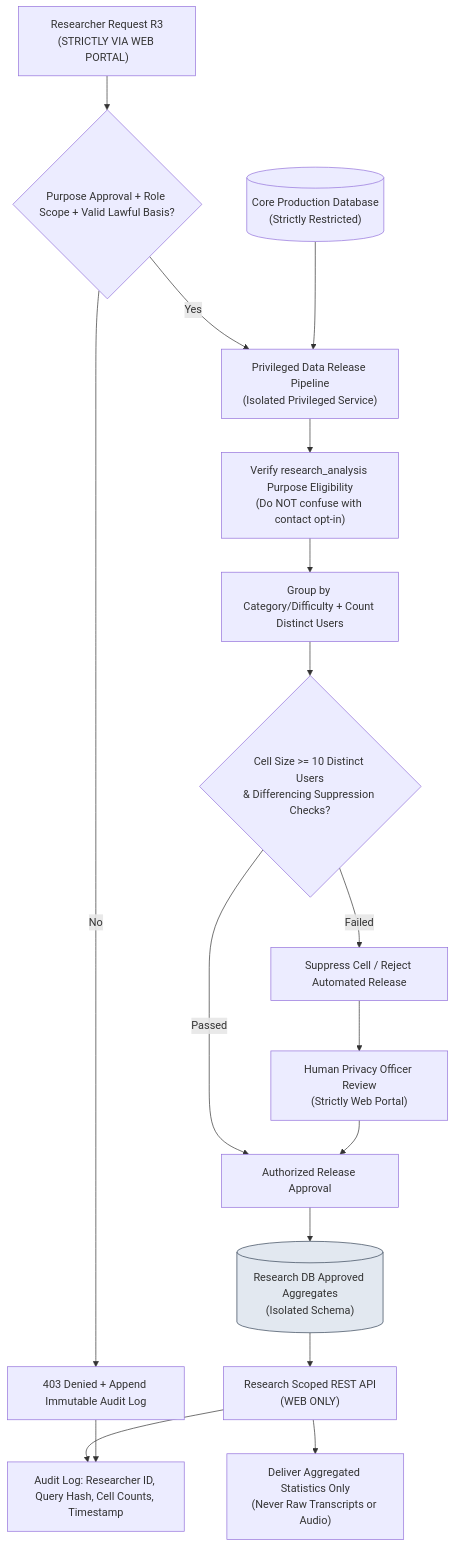
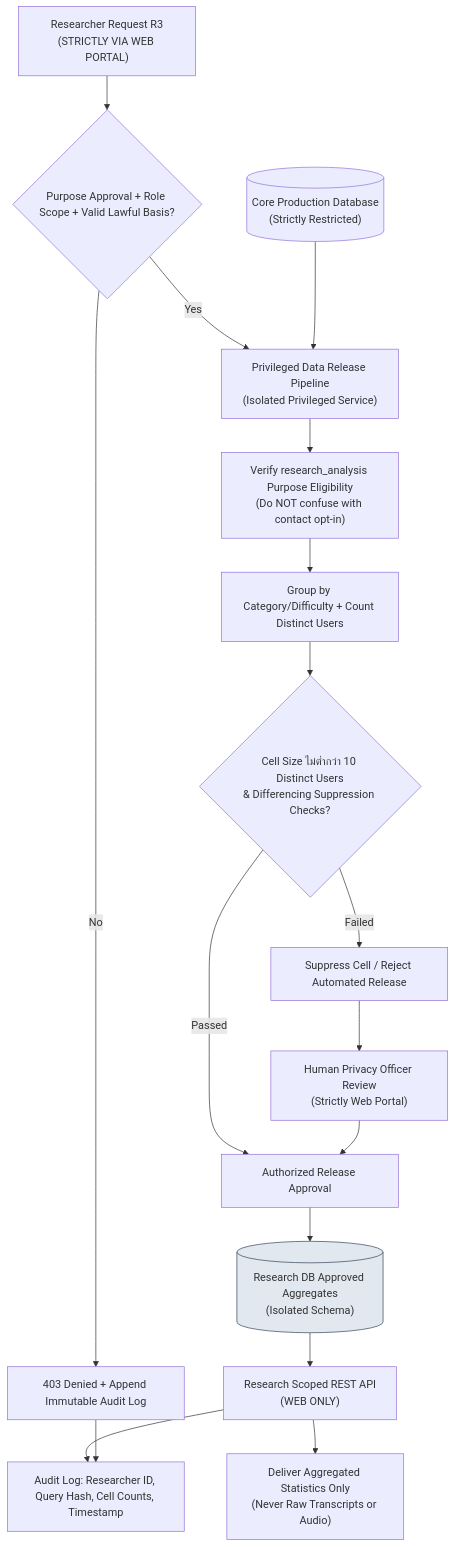
Diagram 13 of 19 in docs-interviex/03_SRS_Requirements/archive/v1.1_en_draft/ALL_DIAGRAMS_v1.1_DRAFT.md (Phoomss/interviewx-datahub), drawn with Mermaid before and after one commit. The commit also changed other lines of this file and 21 other files, not shown here.

Commit message:
fix error Unable to render rich display for all diagram

````diff
--- a/docs-interviex/03_SRS_Requirements/archive/v1.1_en_draft/ALL_DIAGRAMS_v1.1_DRAFT.md
+++ b/docs-interviex/03_SRS_Requirements/archive/v1.1_en_draft/ALL_DIAGRAMS_v1.1_DRAFT.md
@@ -618,27 +618,27 @@
 ```mermaid
 flowchart TD
- Request["Researcher Request R3\n(STRICTLY VIA WEB PORTAL)"] --> Gate{"Purpose Approval + Role Scope + Valid Lawful Basis?"}
+ Request["Researcher Request R3<br/>(STRICTLY VIA WEB PORTAL)"] --> Gate{"Purpose Approval + Role Scope + Valid Lawful Basis?"}
  Gate -->|No| Deny["403 Denied + Append Immutable Audit Log"]
- Gate -->|Yes| Pipeline["Privileged Data Release Pipeline\n(Isolated Privileged Service)"]
+ Gate -->|Yes| Pipeline["Privileged Data Release Pipeline<br/>(Isolated Privileged Service)"]
 
- Source[("Core Production Database\n(Strictly Restricted)")] --> Pipeline
- Pipeline --> Eligibility["Verify research_analysis Purpose Eligibility\n(Do NOT confuse with contact opt-in)"]
+ Source[("Core Production Database<br/>(Strictly Restricted)")] --> Pipeline
+ Pipeline --> Eligibility["Verify research_analysis Purpose Eligibility<br/>(Do NOT confuse with contact opt-in)"]
  Eligibility --> Aggregate["Group by Category/Difficulty + Count Distinct Users"]
- Aggregate --> Risk{"Cell Size >= 10 Distinct Users\n& Differencing Suppression Checks?"}
+ Aggregate --> Risk{"Cell Size ไม่ต่ำกว่า 10 Distinct Users<br/>& Differencing Suppression Checks?"}
 
  Risk -->|Failed| Suppress["Suppress Cell / Reject Automated Release"]
  Risk -->|Passed| Approve["Authorized Release Approval"]
 
- Suppress --> Review["Human Privacy Officer Review\n(Strictly Web Portal)"]
+ Suppress --> Review["Human Privacy Officer Review<br/>(Strictly Web Portal)"]
  Review --> Approve
 
- Approve --> Store[("Research DB Approved Aggregates\n(Isolated Schema)")]
- Store --> API["Research Scoped REST API\n(WEB ONLY)"]
- API --> Result["Deliver Aggregated Statistics Only\n(Never Raw Transcripts or Audio)"]
+ Approve --> Store[("Research DB Approved Aggregates<br/>(Isolated Schema)")]
+ Store --> API["Research Scoped REST API<br/>(WEB ONLY)"]
+ API --> Result["Deliver Aggregated Statistics Only<br/>(Never Raw Transcripts or Audio)"]
 
  API --> Log["Audit Log: Researcher ID, Query Hash, Cell Counts, Timestamp"]
  Deny --> Log
 
  classDef secure fill:#e2e8f0,stroke:#334155
  class Store secure
 ```
````
